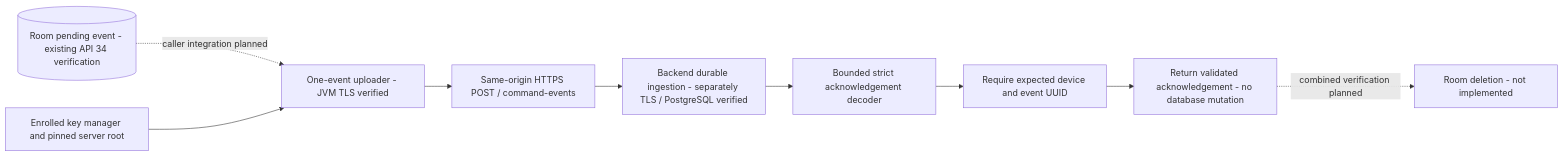
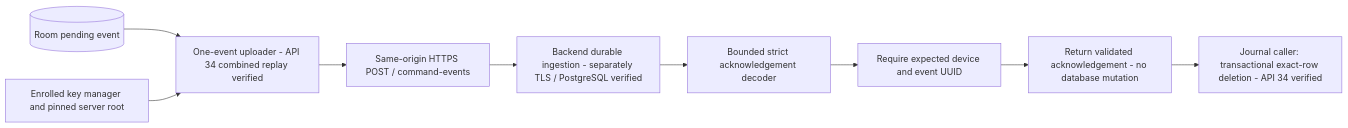
The diagram in docs/android-event-upload.md (michaelnwanna/custom-android-mdm-agent), drawn with Mermaid before and after one commit. The commit also changed other lines of this file and 1011 other files, not shown here.

````diff
--- a/docs/android-event-upload.md
+++ b/docs/android-event-upload.md
@@ -7,11 +7,11 @@
 ```mermaid
 flowchart LR
-    Journal[(Room pending event - existing API 34 verification)] -. caller integration planned .-> Upload[One-event uploader - JVM TLS verified]
+    Journal[(Room pending event)] --> Upload[One-event uploader - API 34 combined replay verified]
     Identity[Enrolled key manager and pinned server root] --> Upload
     Upload --> Request[Same-origin HTTPS POST / command-events]
     Request --> Server[Backend durable ingestion - separately TLS / PostgreSQL verified]
     Server --> Ack[Bounded strict acknowledgement decoder]
     Ack --> Match[Require expected device and event UUID]
     Match --> Result[Return validated acknowledgement - no database mutation]
-    Result -. combined verification planned .-> Delete[Room deletion - not implemented]
+    Result --> Delete[Journal caller: transactional exact-row deletion - API 34 verified]
 ```
````
